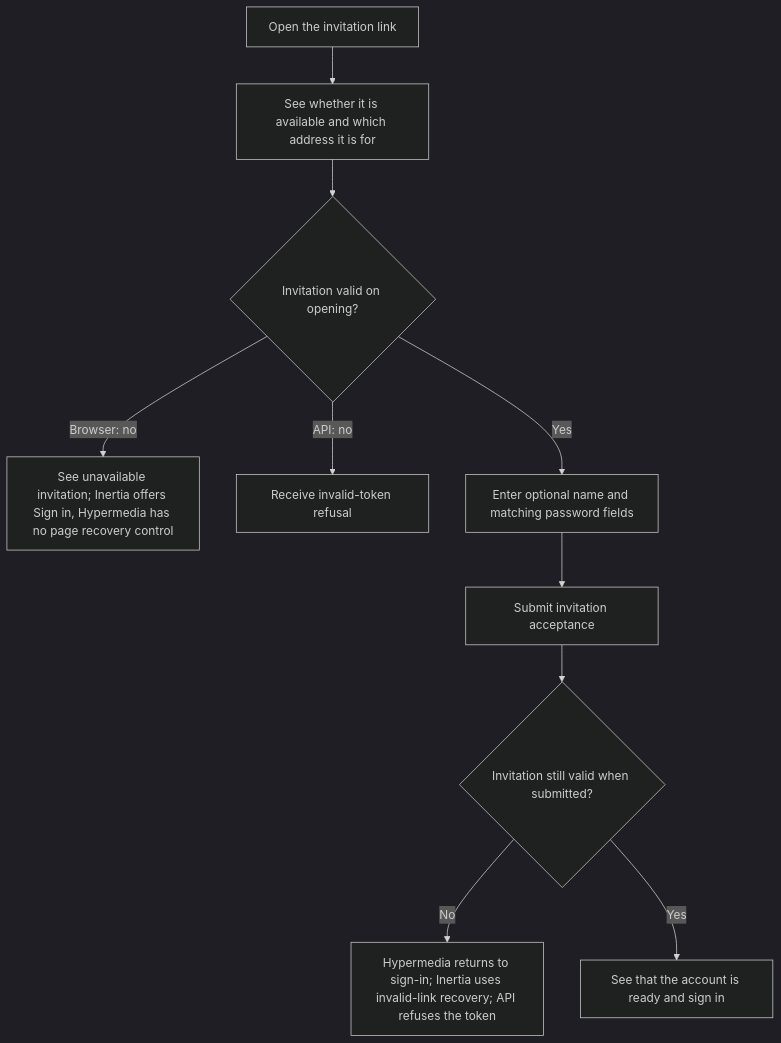
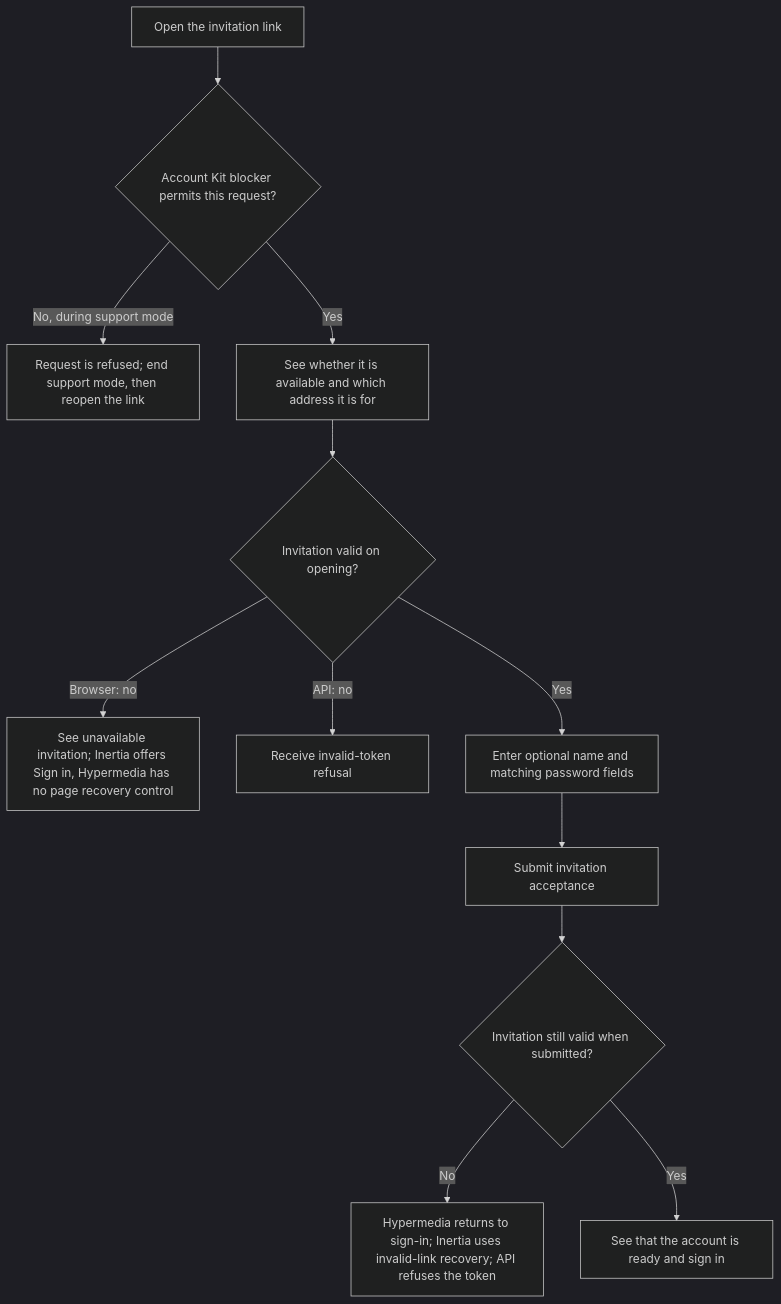
One commit to Kevinjohn/oss-adonisjs-starter-examples changed the first of 2 diagrams in user-stories/teams/us-team-05-accept-invitation.md. Above: the diagram before and after it, drawn with Mermaid (dark theme). The commit also changed other lines of this file and 12 other files, not shown here.

````diff
--- a/user-stories/teams/us-team-05-accept-invitation.md
+++ b/user-stories/teams/us-team-05-accept-invitation.md
@@ -31,12 +31,14 @@
 ```mermaid
 flowchart TD
-    A["Open the invitation link"] --> B["See whether it is available and which address it is for"]
+    A["Open the invitation link"] --> Z{"Account Kit blocker permits this request?"}
+    Z -->|No, during support mode| Z1["Request is refused; end support mode, then reopen the link"]
+    Z -->|Yes| B["See whether it is available and which address it is for"]
     B --> C{"Invitation valid on opening?"}
     C -->|Browser: no| D["See unavailable invitation; Inertia offers Sign in, Hypermedia has no page recovery control"]
     C -->|API: no| K["Receive invalid-token refusal"]
     C -->|Yes| E["Enter optional name and matching password fields"]
     E --> F["Submit invitation acceptance"]
     F --> G{"Invitation still valid when submitted?"}
     G -->|No| H["Hypermedia returns to sign-in; Inertia uses invalid-link recovery; API refuses the token"]
     G -->|Yes| I["See that the account is ready and sign in"]
 ```
````
